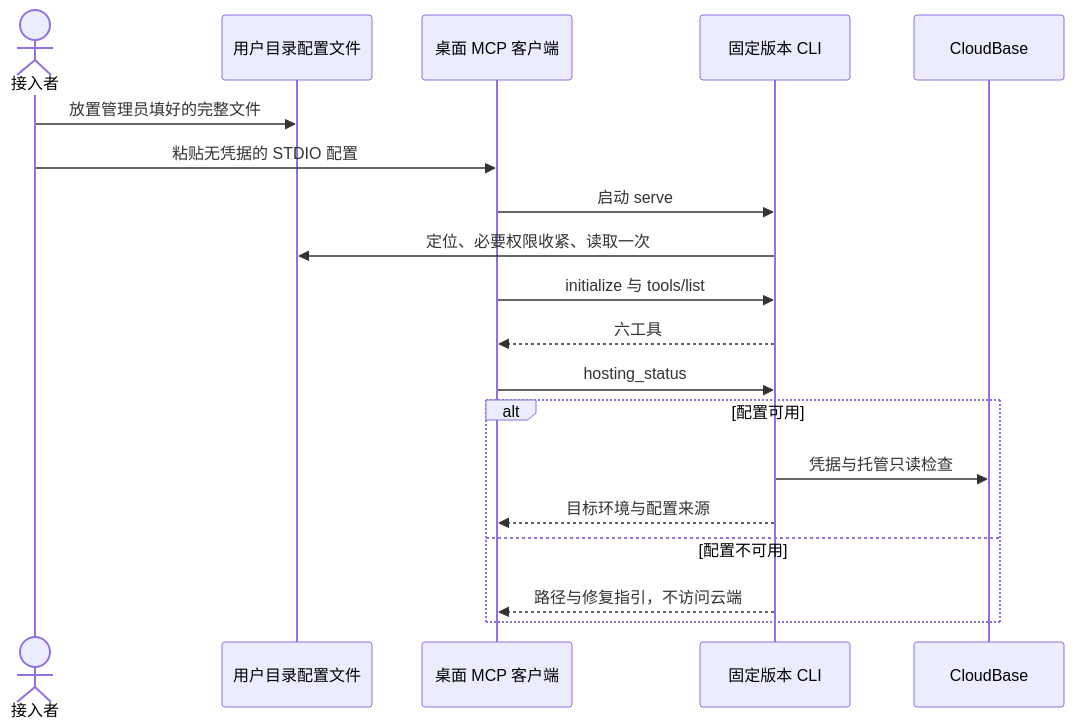
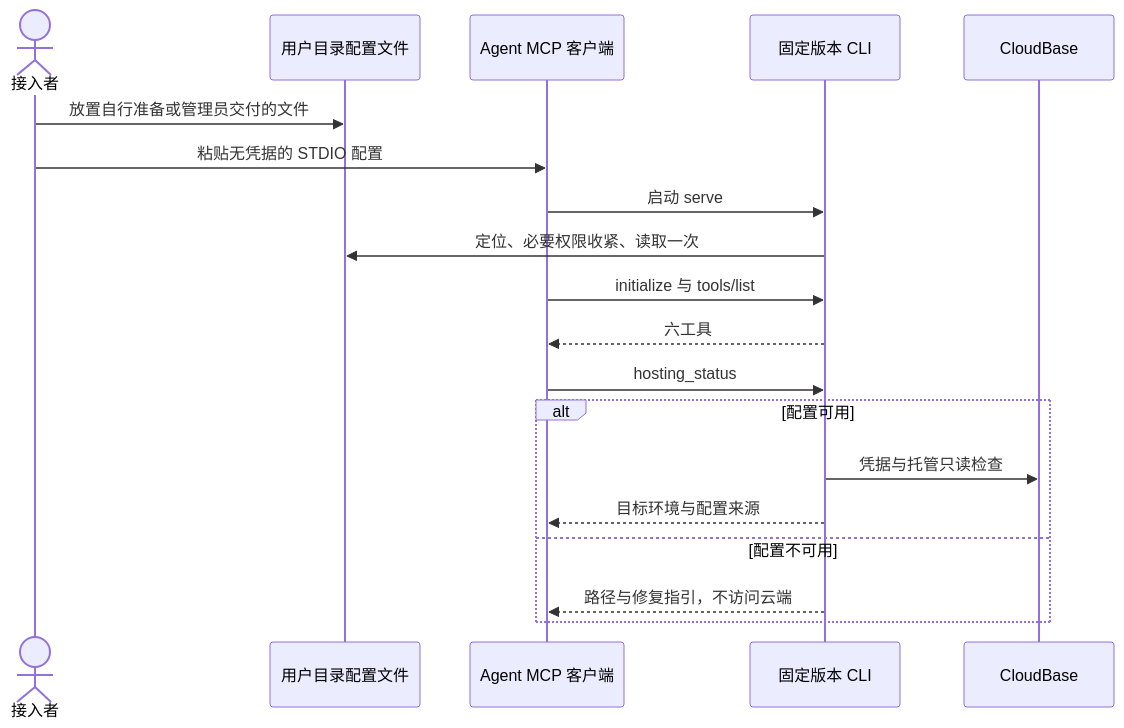
One commit to zyfasos/cloudbase-html-mcp changed the second of 6 diagrams in docs/architecture.md. Above: the diagram before and after it, drawn with Mermaid. The commit also changed other lines of this file and 5 other files, not shown here.

````diff
--- a/docs/architecture.md
+++ b/docs/architecture.md
@@ -49,21 +49,21 @@
 ```mermaid
 sequenceDiagram
   actor U as 接入者
   participant F as 用户目录配置文件
-  participant M as 桌面 MCP 客户端
+  participant M as Agent MCP 客户端
   participant L as 固定版本 CLI
   participant C as CloudBase
-  U->>F: 放置管理员填好的完整文件
+  U->>F: 放置自行准备或管理员交付的文件
   U->>M: 粘贴无凭据的 STDIO 配置
   M->>L: 启动 serve
   L->>F: 定位、必要权限收紧、读取一次
   M->>L: initialize 与 tools/list
   L-->>M: 六工具
   M->>L: hosting_status
   alt 配置可用
     L->>C: 凭据与托管只读检查
     L-->>M: 目标环境与配置来源
   else 配置不可用
     L-->>M: 路径与修复指引，不访问云端
   end
 ```
````
